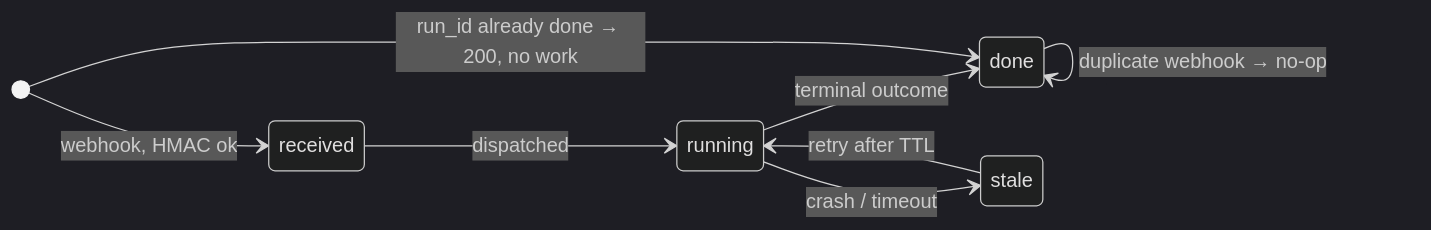
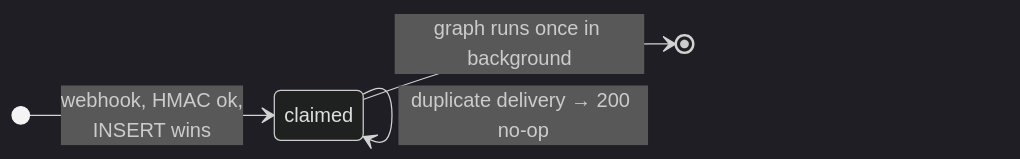
Before and after one commit to abhishekKokadwar/CIDRA: diagram 11 of 11 in docs/4_architecture.md, drawn with Mermaid (dark theme). The commit also changed other lines of this file and 2 other files, not shown here.

First line of the commit message:
docs: add runtime architecture diagram to README and align architecture doc with code

````diff
--- a/docs/4_architecture.md
+++ b/docs/4_architecture.md
@@ -680,11 +749,7 @@
 ```mermaid
 stateDiagram-v2
     direction LR
-    [*] --> received: webhook, HMAC ok
-    received --> running: dispatched
-    running --> done: terminal outcome
-    running --> stale: crash / timeout
-    stale --> running: retry after TTL
-    done --> done: duplicate webhook → no-op
-    [*] --> done: run_id already done → 200, no work
+    [*] --> claimed: webhook, HMAC ok,<br/>INSERT wins
+    claimed --> claimed: duplicate delivery → 200 no-op
+    claimed --> [*]: graph runs once in background
 ```
````
